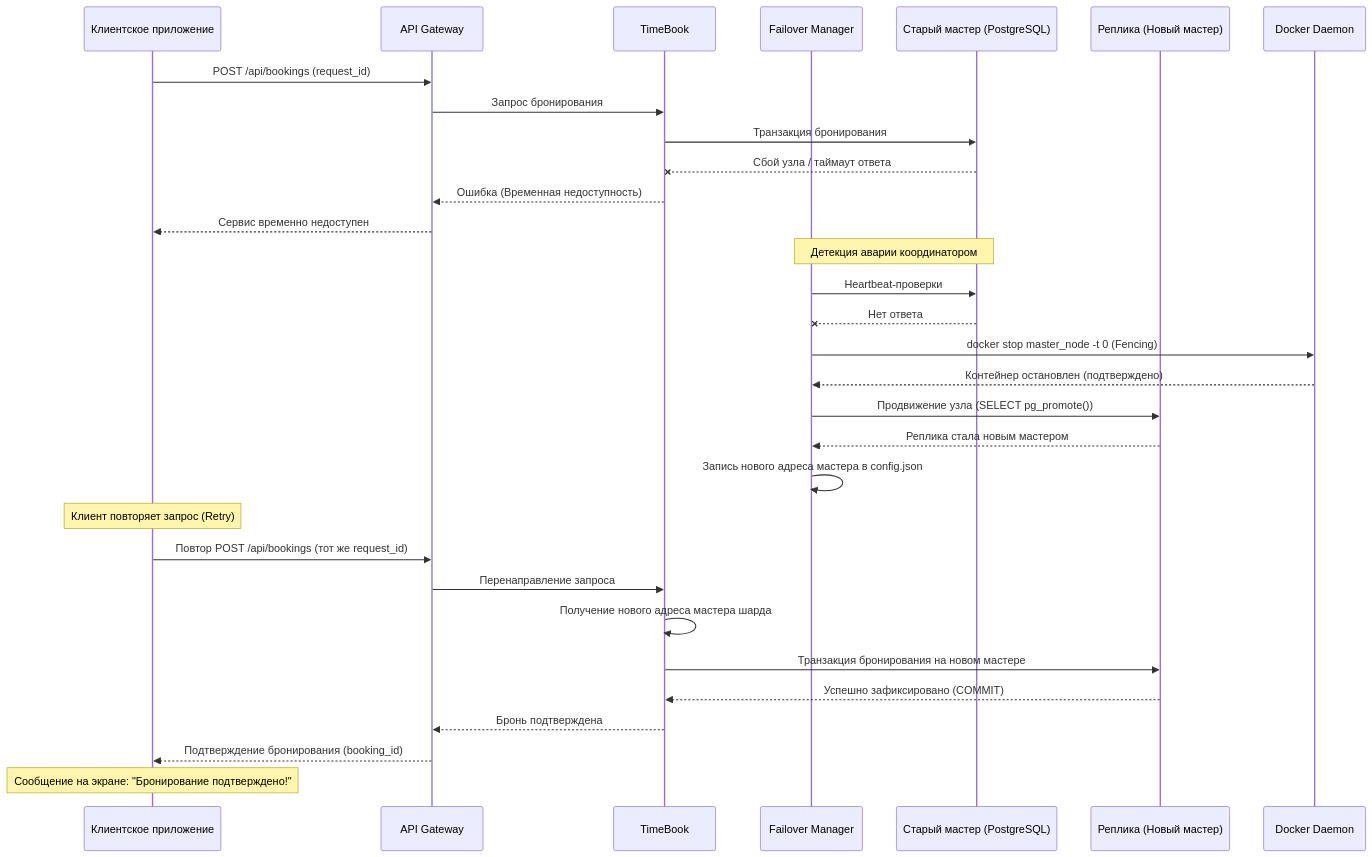
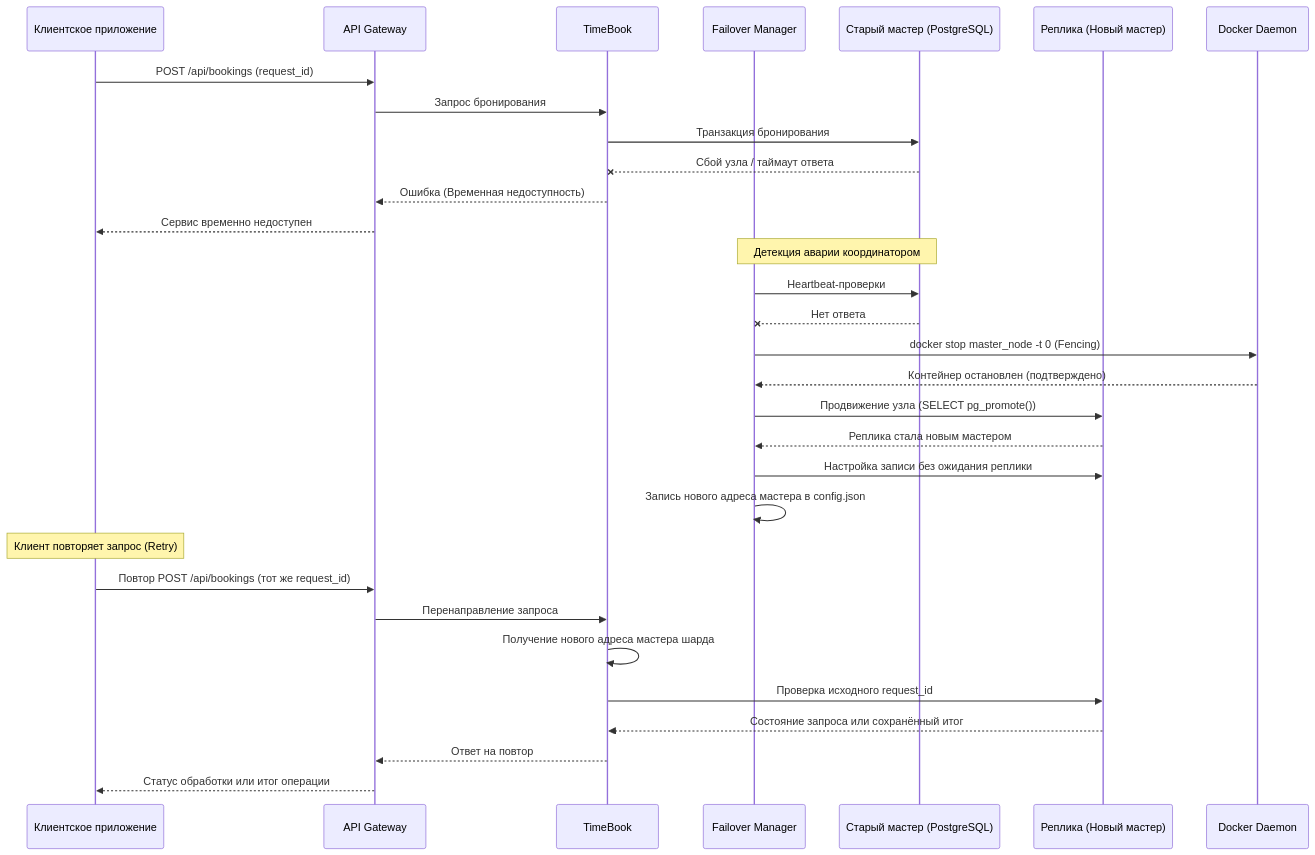
One commit to spbu-ds-practicum-2026/4positions changed the seventh of 7 diagrams in docs/tr.md. Above: the diagram before and after it, drawn with Mermaid. The commit also changed other lines of this file, not shown here.

````diff
--- a/docs/tr.md
+++ b/docs/tr.md
@@ -367,36 +364,36 @@
 ```mermaid
 sequenceDiagram
   participant Client as Клиентское приложение
   participant APIGateway as API Gateway
   participant TimeBook as TimeBook
   participant FM as Failover Manager
   participant Master as Старый мастер (PostgreSQL)
   participant Replica as Реплика (Новый мастер)
   participant Docker as Docker Daemon
 
   Client->>APIGateway: POST /api/bookings (request_id)
   APIGateway->>TimeBook: Запрос бронирования
   TimeBook->>Master: Транзакция бронирования
   Master--xTimeBook: Сбой узла / таймаут ответа
   TimeBook-->>APIGateway: Ошибка (Временная недоступность)
   APIGateway-->>Client: Сервис временно недоступен
 
   Note over FM,Master: Детекция аварии координатором
   FM->>Master: Heartbeat-проверки
   Master--xFM: Нет ответа
   FM->>Docker: docker stop master_node -t 0 (Fencing)
   Docker-->>FM: Контейнер остановлен (подтверждено)
   FM->>Replica: Продвижение узла (SELECT pg_promote())
   Replica-->>FM: Реплика стала новым мастером
+  FM->>Replica: Настройка записи без ожидания реплики
   FM->>FM: Запись нового адреса мастера в config.json
 
   Note over Client: Клиент повторяет запрос (Retry)
   Client->>APIGateway: Повтор POST /api/bookings (тот же request_id)
   APIGateway->>TimeBook: Перенаправление запроса
   TimeBook->>TimeBook: Получение нового адреса мастера шарда
-  TimeBook->>Replica: Транзакция бронирования на новом мастере
-  Replica-->>TimeBook: Успешно зафиксировано (COMMIT)
-  TimeBook-->>APIGateway: Бронь подтверждена
-  APIGateway-->>Client: Подтверждение бронирования (booking_id)
-  Note over Client: Сообщение на экране: "Бронирование подтверждено!"
+  TimeBook->>Replica: Проверка исходного request_id
+  Replica-->>TimeBook: Состояние запроса или сохранённый итог
+  TimeBook-->>APIGateway: Ответ на повтор
+  APIGateway-->>Client: Статус обработки или итог операции
 ```
````
